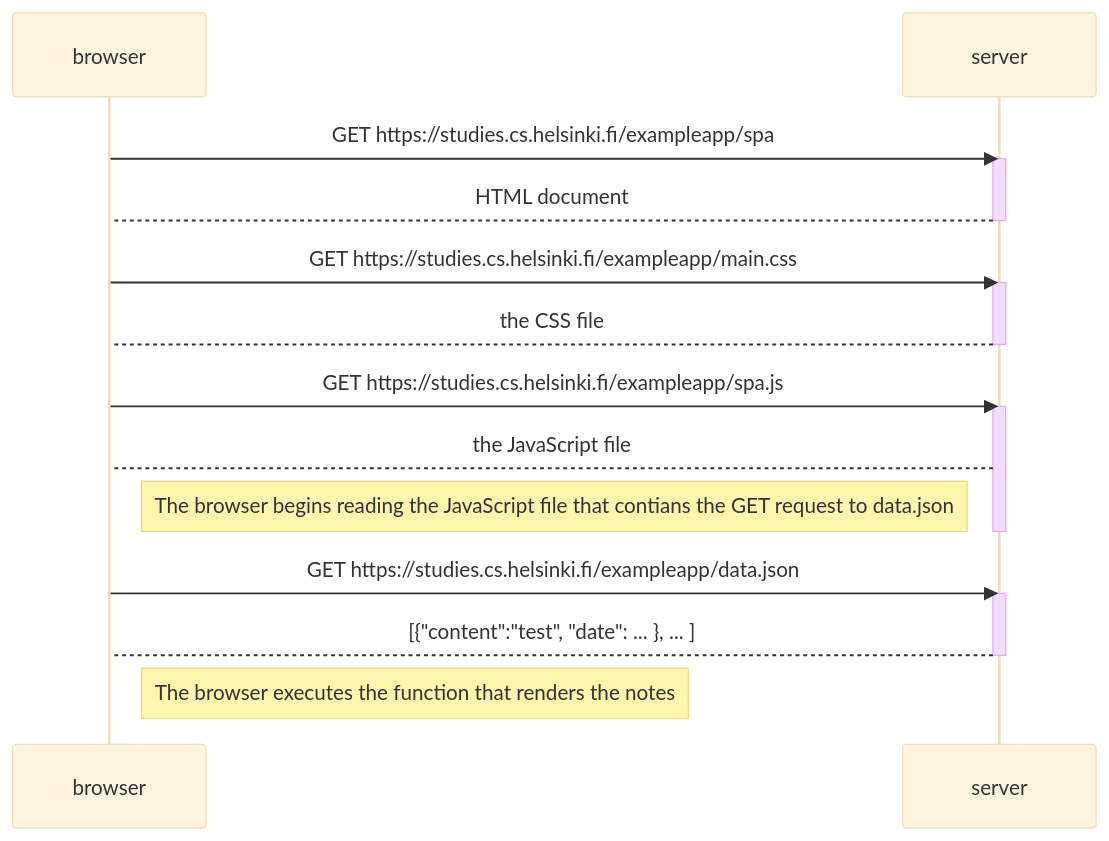
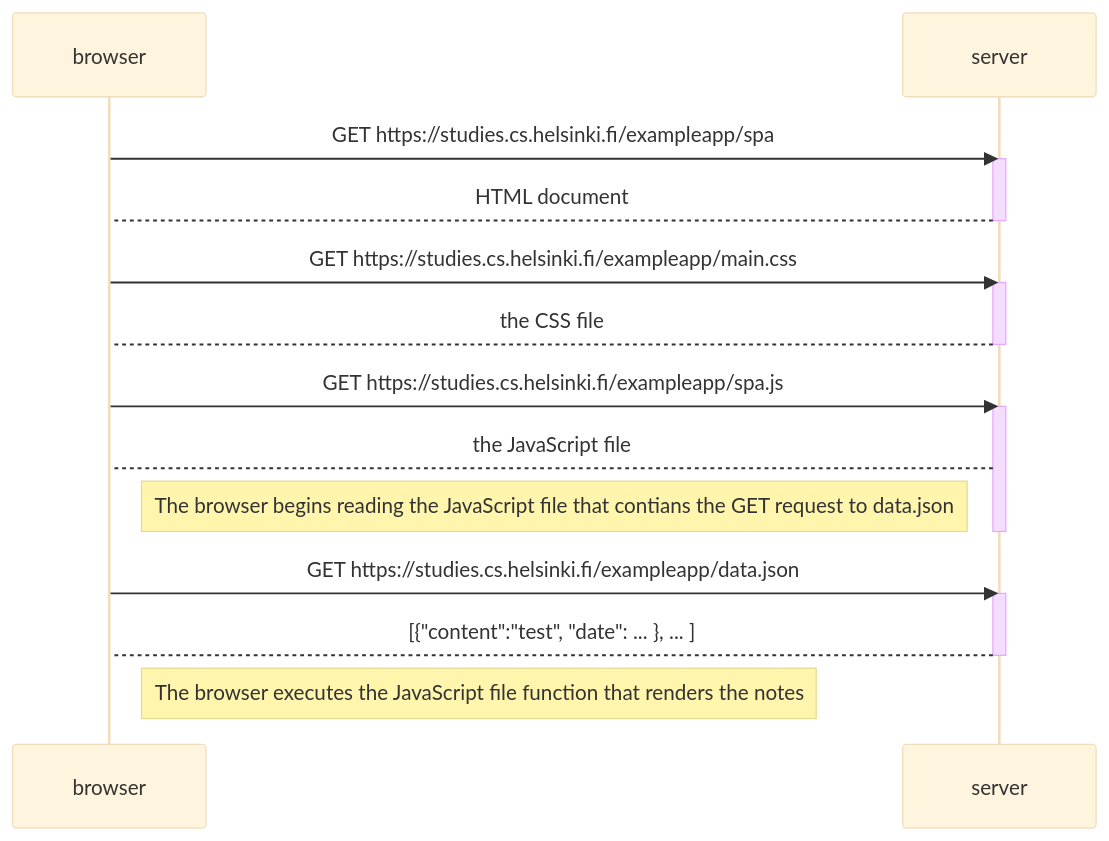
One commit to jmjstone/full-stack-open changed the diagram in part0/0.5/sequence.md. Above: the diagram before and after it, drawn with Mermaid (base theme).

Commit message:
comment change

````diff
--- a/part0/0.5/sequence.md
+++ b/part0/0.5/sequence.md
@@ -3,27 +3,27 @@
 ```mermaid
 sequenceDiagram
     participant browser
     participant server
 
     browser->>server: GET https://studies.cs.helsinki.fi/exampleapp/spa
     activate server
     server-->browser: HTML document
     deactivate server
 
     browser->>server: GET https://studies.cs.helsinki.fi/exampleapp/main.css
     activate server
     server-->browser: the CSS file
     deactivate server
 
     browser->>server: GET https://studies.cs.helsinki.fi/exampleapp/spa.js
     activate server
     server-->browser: the JavaScript file
     Note right of browser: The browser begins reading the JavaScript file that contians the GET request to data.json
     deactivate server
 
     browser->>server: GET https://studies.cs.helsinki.fi/exampleapp/data.json
     activate server
     server-->browser: [{"content":"test", "date": ... }, ... ]
     deactivate server
-    Note right of browser: The browser executes the function that renders the notes
+    Note right of browser: The browser executes the JavaScript file function that renders the notes
 ```
````
